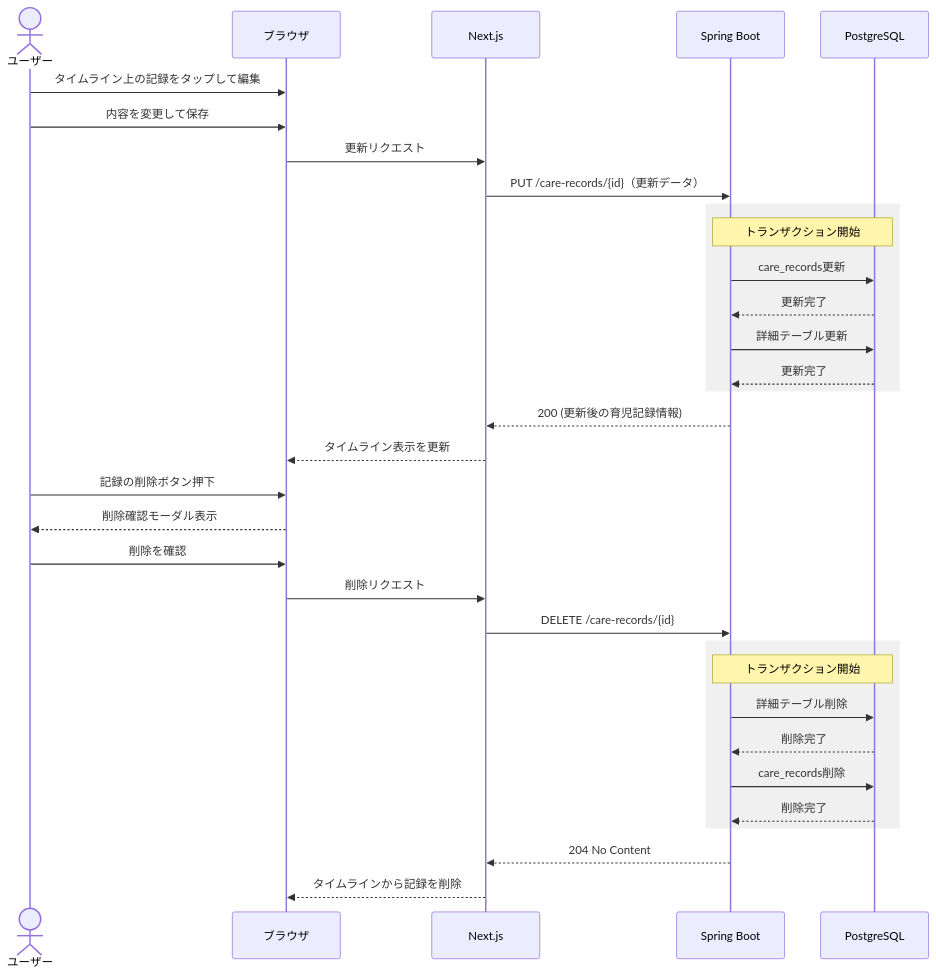
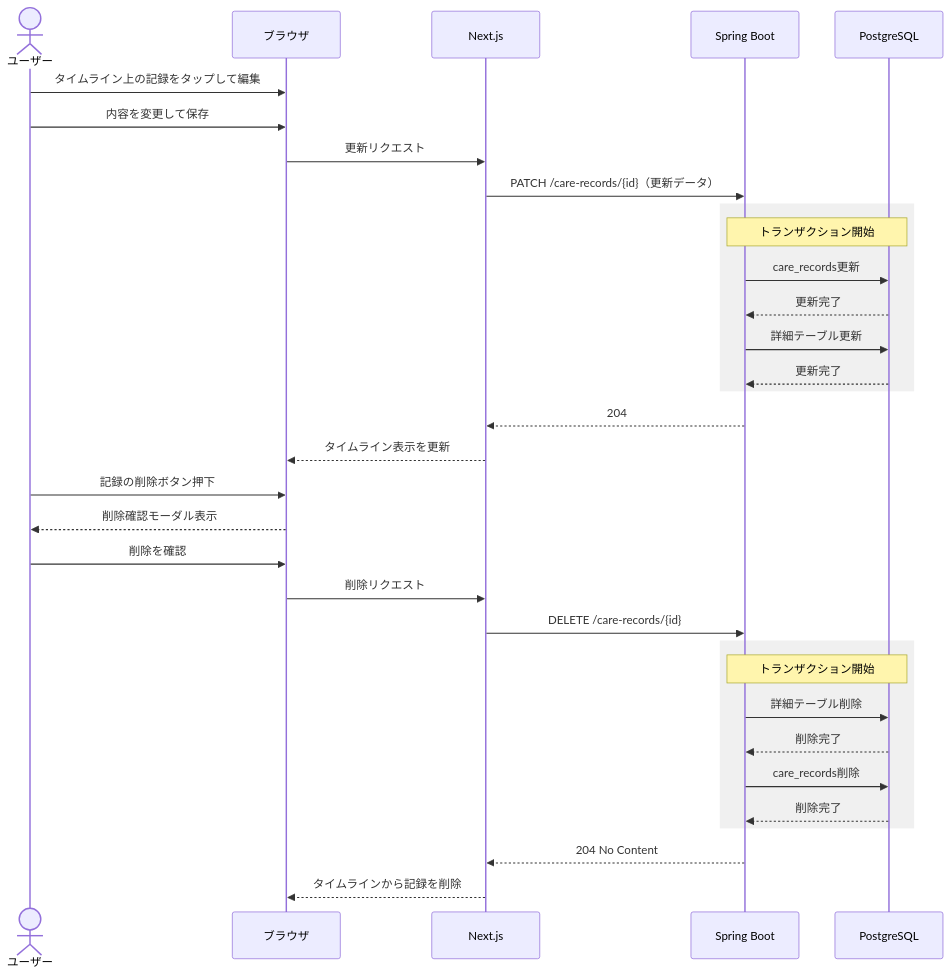
Before and after one commit to sakurai1126/chii-piyo: the ninth of 9 diagrams in docs/sequence.md, drawn with Mermaid. The commit also changed other lines of this file and 1 other file, not shown here.

````diff
--- a/docs/sequence.md
+++ b/docs/sequence.md
@@ -290,41 +304,41 @@
 ```mermaid
 sequenceDiagram
     actor User as ユーザー
     participant Browser as ブラウザ
     participant Next as Next.js
     participant Spring as Spring Boot
     participant DB as PostgreSQL
 
     User->>Browser: タイムライン上の記録をタップして編集
     User->>Browser: 内容を変更して保存
 
     Browser->>Next: 更新リクエスト
-    Next->>Spring: PUT /care-records/{id}（更新データ）
+    Next->>Spring: PATCH /care-records/{id}（更新データ）
     rect rgb(240, 240, 240)
         Note over Spring, DB: トランザクション開始
         Spring->>DB: care_records更新
         DB-->>Spring: 更新完了
         Spring->>DB: 詳細テーブル更新
         DB-->>Spring: 更新完了
     end
 
-    Spring-->>Next: 200 (更新後の育児記録情報)
+    Spring-->>Next: 204
     Next-->>Browser: タイムライン表示を更新
 
     User->>Browser: 記録の削除ボタン押下
     Browser-->>User: 削除確認モーダル表示
     User->>Browser: 削除を確認
 
     Browser->>Next: 削除リクエスト
     Next->>Spring: DELETE /care-records/{id}
     rect rgb(240, 240, 240)
         Note over Spring, DB: トランザクション開始
         Spring->>DB: 詳細テーブル削除
         DB-->>Spring: 削除完了
         Spring->>DB: care_records削除
         DB-->>Spring: 削除完了
     end
 
     Spring-->>Next: 204 No Content
     Next-->>Browser: タイムラインから記録を削除
 ```
````
